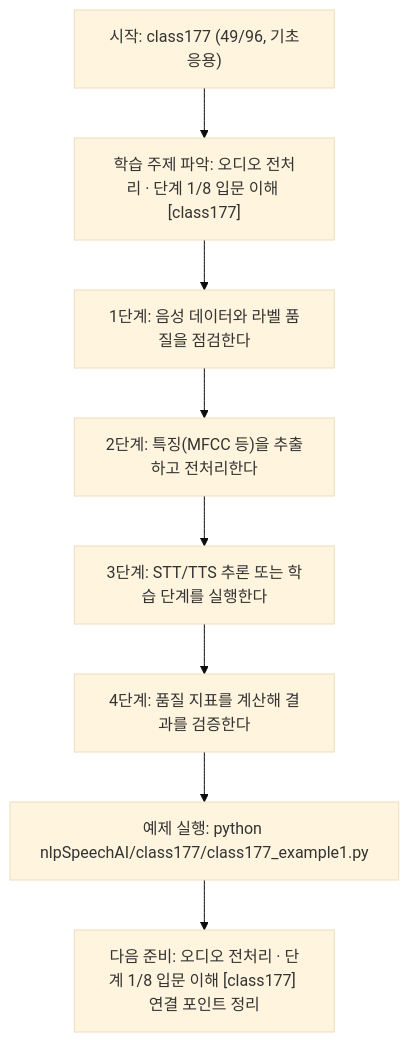
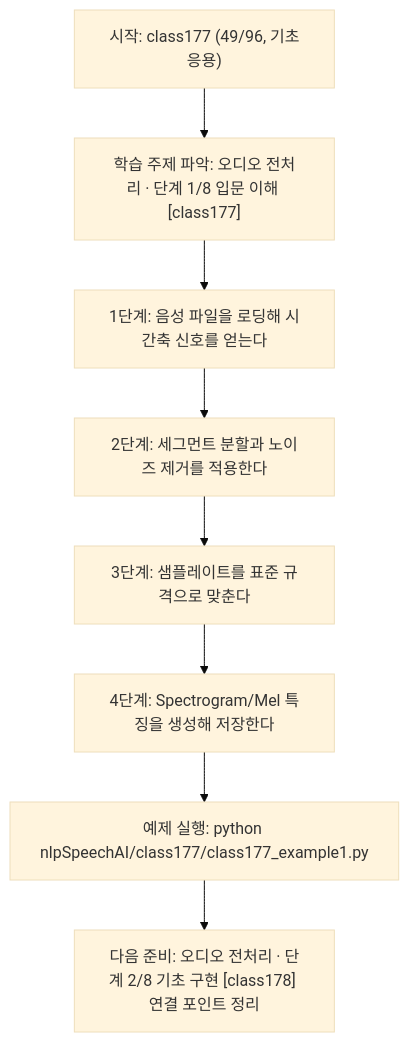
Before and after one commit to edumgt/Python-AI_Agent-Class: the diagram in nlpSpeechAI/class177/class177.md, drawn with Mermaid (base theme). The commit also changed other lines of this file and 1122 other files, not shown here.

````diff
--- a/nlpSpeechAI/class177/class177.md
+++ b/nlpSpeechAI/class177/class177.md
@@ -113,18 +95,18 @@
 ```mermaid
 flowchart TD
 N1["시작: class177 (49/96, 기초응용)"]
 N2["학습 주제 파악: 오디오 전처리 · 단계 1/8 입문 이해 [class177]"]
-N3["1단계: 음성 데이터와 라벨 품질을 점검한다"]
-N4["2단계: 특징(MFCC 등)을 추출하고 전처리한다"]
-N5["3단계: STT/TTS 추론 또는 학습 단계를 실행한다"]
-N6["4단계: 품질 지표를 계산해 결과를 검증한다"]
+N3["1단계: 음성 파일을 로딩해 시간축 신호를 얻는다"]
+N4["2단계: 세그먼트 분할과 노이즈 제거를 적용한다"]
+N5["3단계: 샘플레이트를 표준 규격으로 맞춘다"]
+N6["4단계: Spectrogram/Mel 특징을 생성해 저장한다"]
 N7["예제 실행: python nlpSpeechAI/class177/class177_example1.py"]
-N8["다음 준비: 오디오 전처리 · 단계 1/8 입문 이해 [class177] 연결 포인트 정리"]
+N8["다음 준비: 오디오 전처리 · 단계 2/8 기초 구현 [class178] 연결 포인트 정리"]
 N1 --> N2
 N2 --> N3
 N3 --> N4
 N4 --> N5
 N5 --> N6
 N6 --> N7
 N7 --> N8
 ```
````
